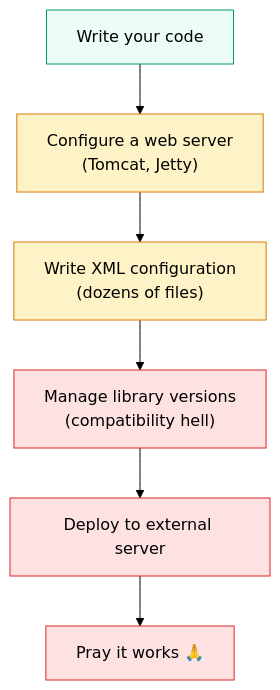
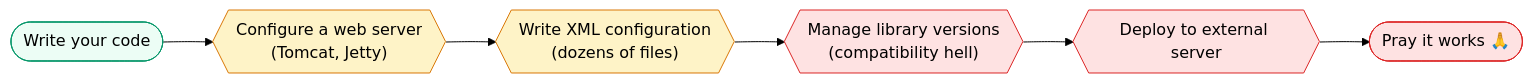
One commit to saivamsikaruturi/vamsilabs-dev-notes-main changed the second of 6 diagrams in docs/springboot/introduction.md. Above: the diagram before and after it, drawn with Mermaid (forest theme). The commit also changed other lines of this file and 146 other files, not shown here.

Commit message:
Horizontal diagrams, UML class diagrams, typography overhaul, and permalink cleanup

````diff
--- a/docs/springboot/introduction.md
+++ b/docs/springboot/introduction.md
@@ -20,15 +27,15 @@
 ```mermaid
-flowchart TD
-    A["Write your code"] --> B["Configure a web server<br/>(Tomcat, Jetty)"]
-    B --> C["Write XML configuration<br/>(dozens of files)"]
-    C --> D["Manage library versions<br/>(compatibility hell)"]
-    D --> E["Deploy to external server"]
-    E --> F["Pray it works 🙏"]
+flowchart LR
+    A(["Write your code"]) --> B{{"Configure a web server<br/>(Tomcat, Jetty)"}}
+    B --> C{{"Write XML configuration<br/>(dozens of files)"}}
+    C --> D{{"Manage library versions<br/>(compatibility hell)"}}
+    D --> E{{"Deploy to external server"}}
+    E --> F(["Pray it works 🙏"])
 
     style A fill:#ECFDF5,stroke:#059669
     style B fill:#FEF3C7,stroke:#D97706
     style C fill:#FEF3C7,stroke:#D97706
     style D fill:#FEE2E2,stroke:#DC2626
     style E fill:#FEE2E2,stroke:#DC2626
     style F fill:#FEE2E2,stroke:#DC2626
 ```
````
